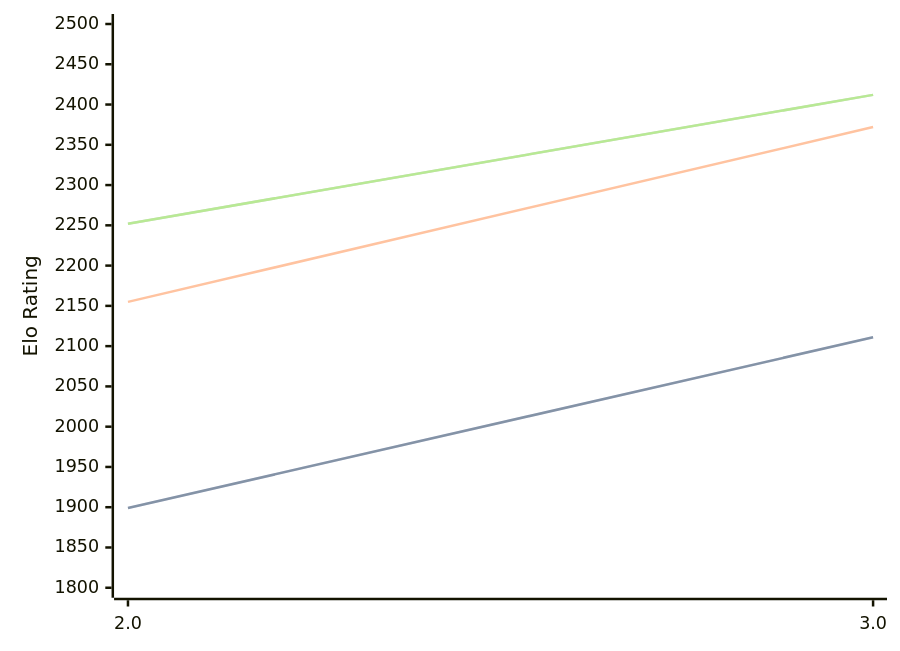
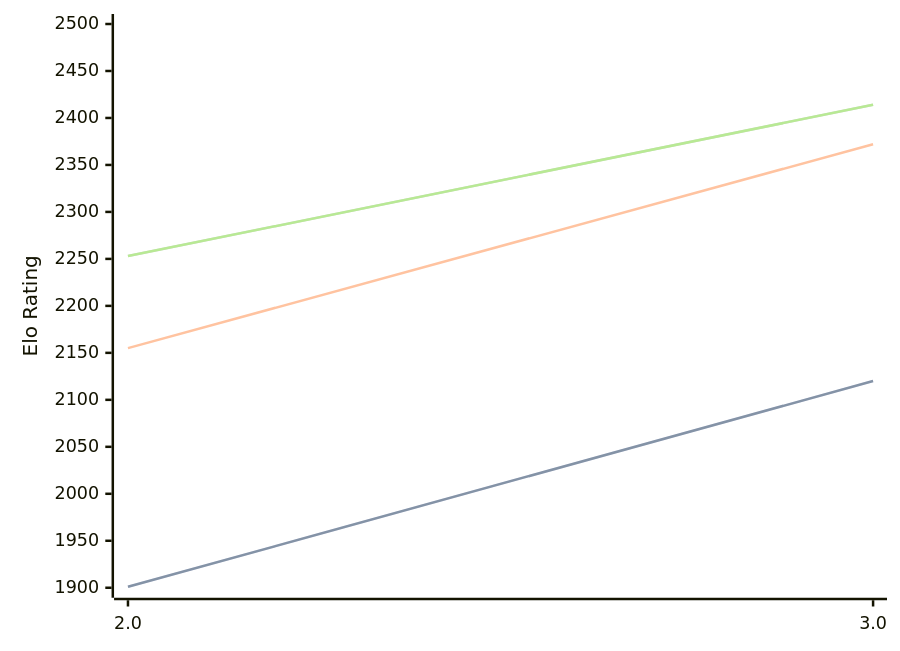
One commit to computer-chess-index/cci changed the diagram in engines/Zeno.md. Above: the diagram before and after it, drawn with Mermaid. The commit also changed other lines of this file, not shown here.

Commit message:
Update CCI Ratings (ELO VLTC) - 2026-09-01

````diff
--- a/engines/Zeno.md
+++ b/engines/Zeno.md
@@ -32,11 +32,11 @@
 ```mermaid
 %%{init: {"theme":"base","themeVariables":{"seriesColors:['#a3a3a3','#222221','#faa371']}}}%%
 xychart-beta
   x-axis ["2.0", "3.0"]
-  y-axis "Elo Rating" 1800 --> 2500
-  line "" [1899, 2111]
-  line "STC (8.0+0.08s)" [1899, 2111]
+  y-axis "Elo Rating" 1900 --> 2500
+  line "" [1901, 2120]
+  line "STC (8.0+0.08s)" [1901, 2120]
   line "LTC (60.0+0.60s)" [2155, 2372]
-  line "" [2252, 2412]
-  line "VLTC (2m24s+1.12s)" [2252, 2412]
+  line "" [2253, 2414]
+  line "VLTC (2m24s+1.12s)" [2253, 2414]
 ```
````
